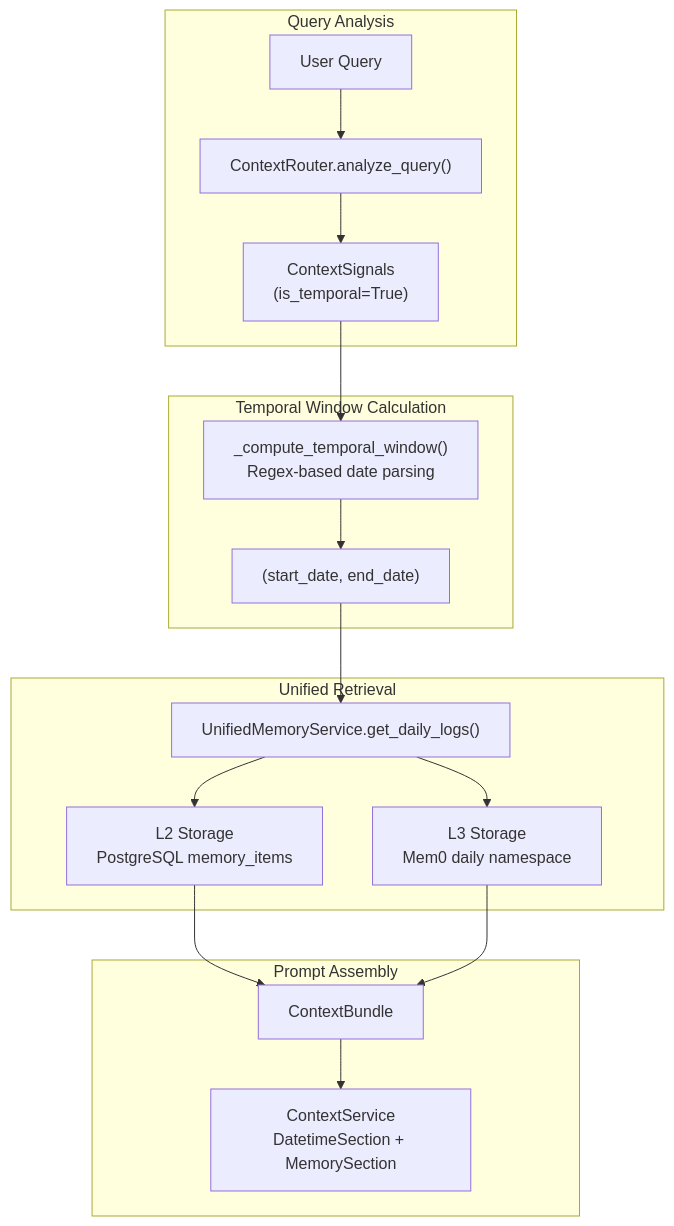
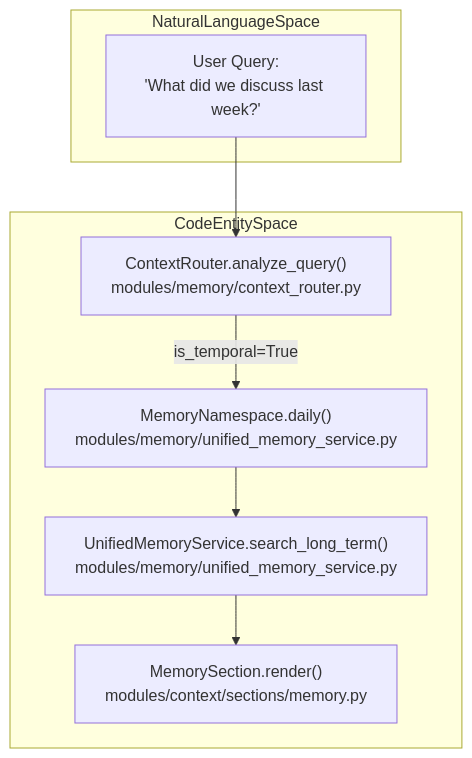
One commit to AutomatosAI/automatos-ai changed the first of 2 diagrams in docs/memory-system/daily-logs-temporal-memory.md. Above: the diagram before and after it, drawn with Mermaid. The commit also changed other lines of this file and 191 other files, not shown here.

````diff
--- a/docs/memory-system/daily-logs-temporal-memory.md
+++ b/docs/memory-system/daily-logs-temporal-memory.md
@@ -36,24 +59,18 @@
 ```mermaid
-graph TD
-    subgraph "Query Analysis"
-        UserQuery["User Query"] --> CR["ContextRouter.analyze_query()"]
-        CR --> Signals["ContextSignals<br/>(is_temporal=True)"]
+graph TB
+    subgraph "NaturalLanguageSpace"
+        NL["User Query:<br/>'What did we discuss last week?'"]
     end
     
-    subgraph "Temporal Window Calculation"
-        Signals --> TW["_compute_temporal_window()<br/>Regex-based date parsing"]
-        TW --> Range["(start_date, end_date)"]
+    subgraph "CodeEntitySpace"
+        Router["ContextRouter.analyze_query()<br/>modules/memory/context_router.py"]
+        Ns["MemoryNamespace.daily()<br/>modules/memory/unified_memory_service.py"]
+        Fetch["UnifiedMemoryService.search_long_term()<br/>modules/memory/unified_memory_service.py"]
+        Sec["MemorySection.render()<br/>modules/context/sections/memory.py"]
     end
-    
-    subgraph "Unified Retrieval"
-        Range --> UMS["UnifiedMemoryService.get_daily_logs()"]
-        UMS --> L2["L2 Storage<br/>PostgreSQL memory_items"]
-        UMS --> L3["L3 Storage<br/>Mem0 daily namespace"]
-    end
-    
-    subgraph "Prompt Assembly"
-        L2 --> Bundle["ContextBundle"]
-        L3 --> Bundle
-        Bundle --> Context["ContextService<br/>DatetimeSection + MemorySection"]
-    end
+
+    NL --> Router
+    Router -->|is_temporal=True| Ns
+    Ns --> Fetch
+    Fetch --> Sec
 ```
````
